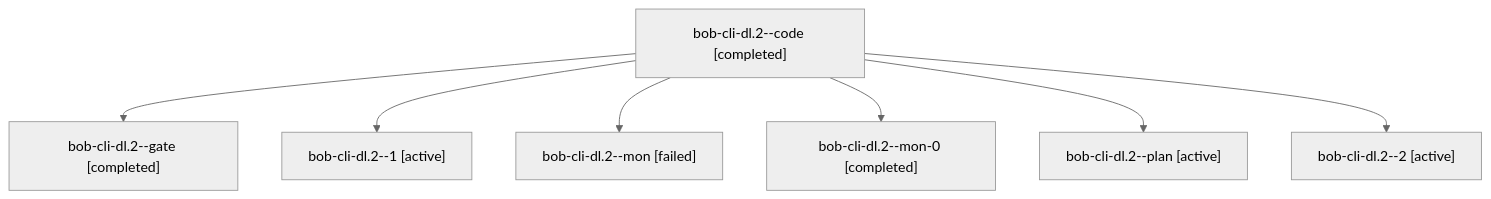
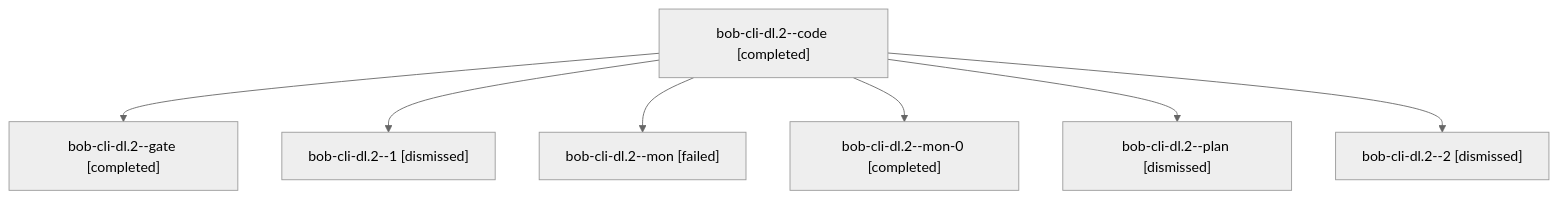
Before and after one commit to bobs-org/bob-cli--agents: the diagram in sessions/bbugyi200.apollo.bob-cli-dl.2.md, drawn with Mermaid (neutral theme). The commit also changed other lines of this file and 222 other files, not shown here.

````diff
--- a/sessions/bbugyi200.apollo.bob-cli-dl.2.md
+++ b/sessions/bbugyi200.apollo.bob-cli-dl.2.md
@@ -9,16 +9,16 @@
 ```mermaid
 flowchart TD
   n0["bob-cli-dl.2--code [completed]"]
   n1["bob-cli-dl.2--gate [completed]"]
   n0 --> n1
-  n2["bob-cli-dl.2--1 [active]"]
+  n2["bob-cli-dl.2--1 [dismissed]"]
   n0 --> n2
   n3["bob-cli-dl.2--mon [failed]"]
   n0 --> n3
   n4["bob-cli-dl.2--mon-0 [completed]"]
   n0 --> n4
-  n5["bob-cli-dl.2--plan [active]"]
+  n5["bob-cli-dl.2--plan [dismissed]"]
   n0 --> n5
-  n6["bob-cli-dl.2--2 [active]"]
+  n6["bob-cli-dl.2--2 [dismissed]"]
   n0 --> n6
 ```
````
